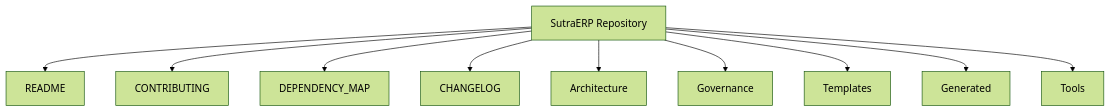
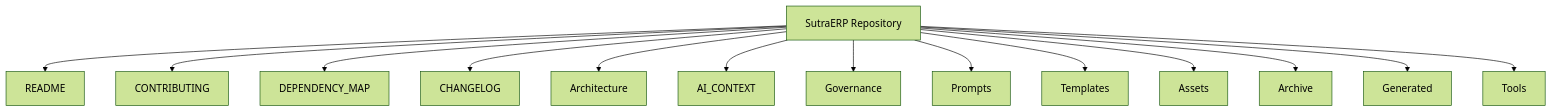
The first of 3 diagrams in governance/constitution/Repository_Index.md (Varad1604/ERP_hark), drawn with Mermaid (forest theme) before and after one commit. The commit also changed other lines of this file and 130 other files, not shown here.

````diff
--- a/governance/constitution/Repository_Index.md
+++ b/governance/constitution/Repository_Index.md
@@ -18,13 +18,17 @@
 ```mermaid
 flowchart TD
 Repository["SutraERP Repository"]
 Repository --> README
 Repository --> CONTRIBUTING
 Repository --> DEPENDENCY_MAP
 Repository --> CHANGELOG
 Repository --> Architecture
+Repository --> AI_CONTEXT
 Repository --> Governance
+Repository --> Prompts
 Repository --> Templates
+Repository --> Assets
+Repository --> Archive
 Repository --> Generated
 Repository --> Tools
 ```
````
